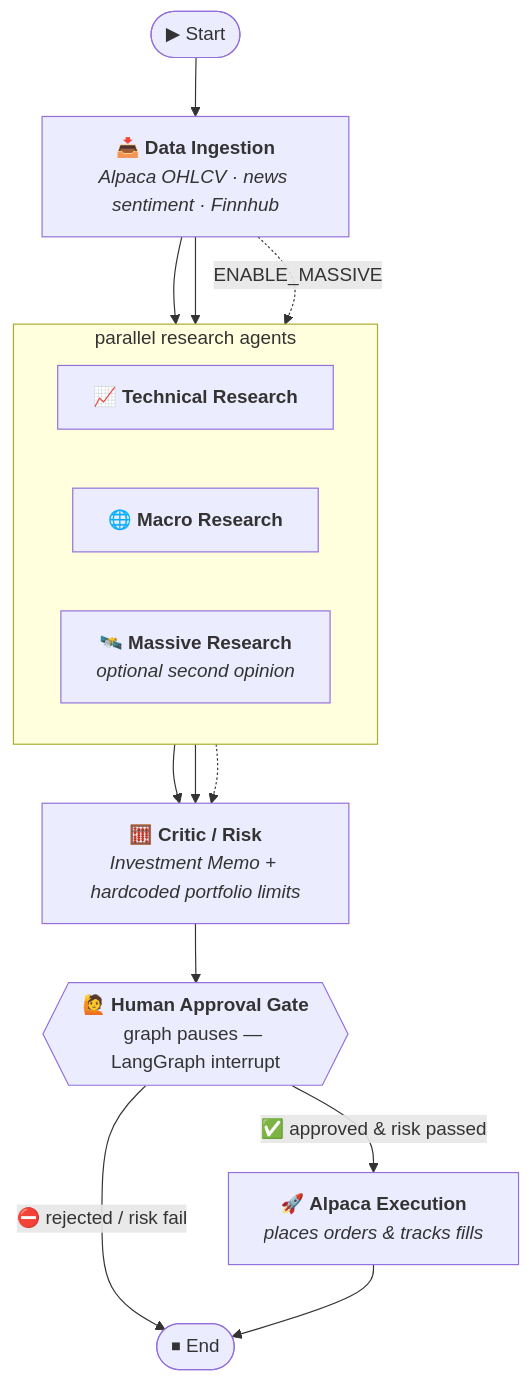
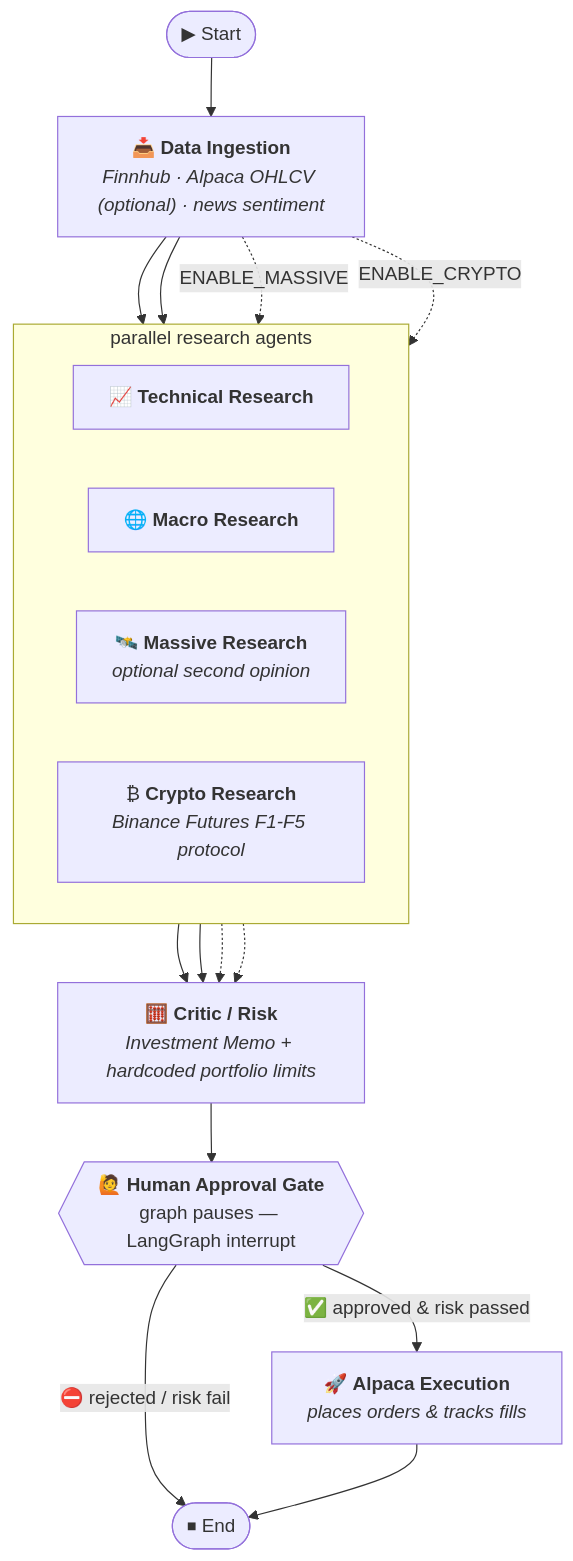
The diagram in README.md (imIsmaelHdz/Burry), drawn with Mermaid before and after one commit. The commit also changed other lines of this file and 4 other files, not shown here.

````diff
--- a/README.md
+++ b/README.md
@@ -9,28 +9,31 @@
 ```mermaid
 flowchart TD
     START([▶ Start]) --> ING
 
-    ING["📥 <b>Data Ingestion</b><br/><i>Alpaca OHLCV · news sentiment · Finnhub</i>"]
+    ING["📥 <b>Data Ingestion</b><br/><i>Finnhub · Alpaca OHLCV (optional) · news sentiment</i>"]
 
     ING --> TECH["📈 <b>Technical Research</b>"]
     ING --> MACRO["🌐 <b>Macro Research</b>"]
     ING -. "ENABLE_MASSIVE" .-> MASSIVE["🛰️ <b>Massive Research</b><br/><i>optional second opinion</i>"]
+    ING -. "ENABLE_CRYPTO" .-> CRYPTO["₿ <b>Crypto Research</b><br/><i>Binance Futures F1-F5 protocol</i>"]
 
     TECH --> CRITIC
     MACRO --> CRITIC
     MASSIVE -.-> CRITIC
+    CRYPTO -.-> CRITIC
 
     CRITIC["🧮 <b>Critic / Risk</b><br/><i>Investment Memo + hardcoded portfolio limits</i>"]
     CRITIC --> GATE{{"🙋 <b>Human Approval Gate</b><br/>graph pauses — LangGraph interrupt"}}
 
     GATE -- "✅ approved & risk passed" --> EXEC["🚀 <b>Alpaca Execution</b><br/><i>places orders &amp; tracks fills</i>"]
     GATE -- "⛔ rejected / risk fail" --> DONE
     EXEC --> DONE([⏹ End])
 
     subgraph RESEARCH [" parallel research agents "]
         direction LR
         TECH
         MACRO
         MASSIVE
+        CRYPTO
     end
 ```
````
